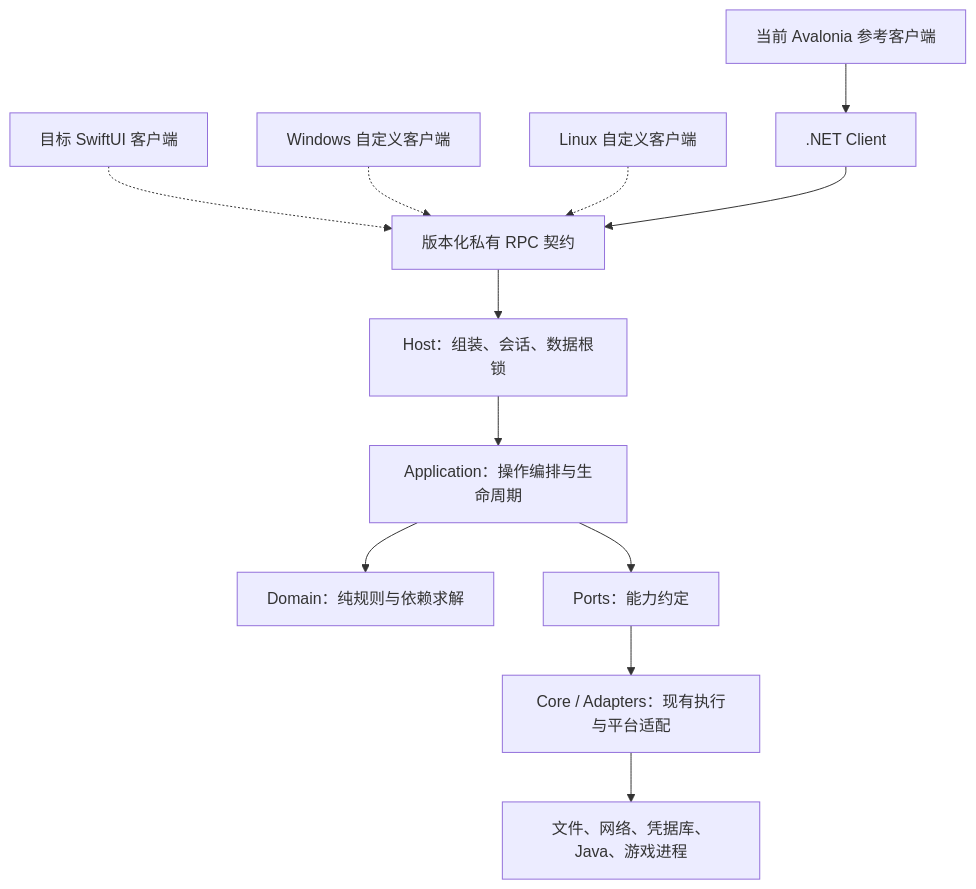
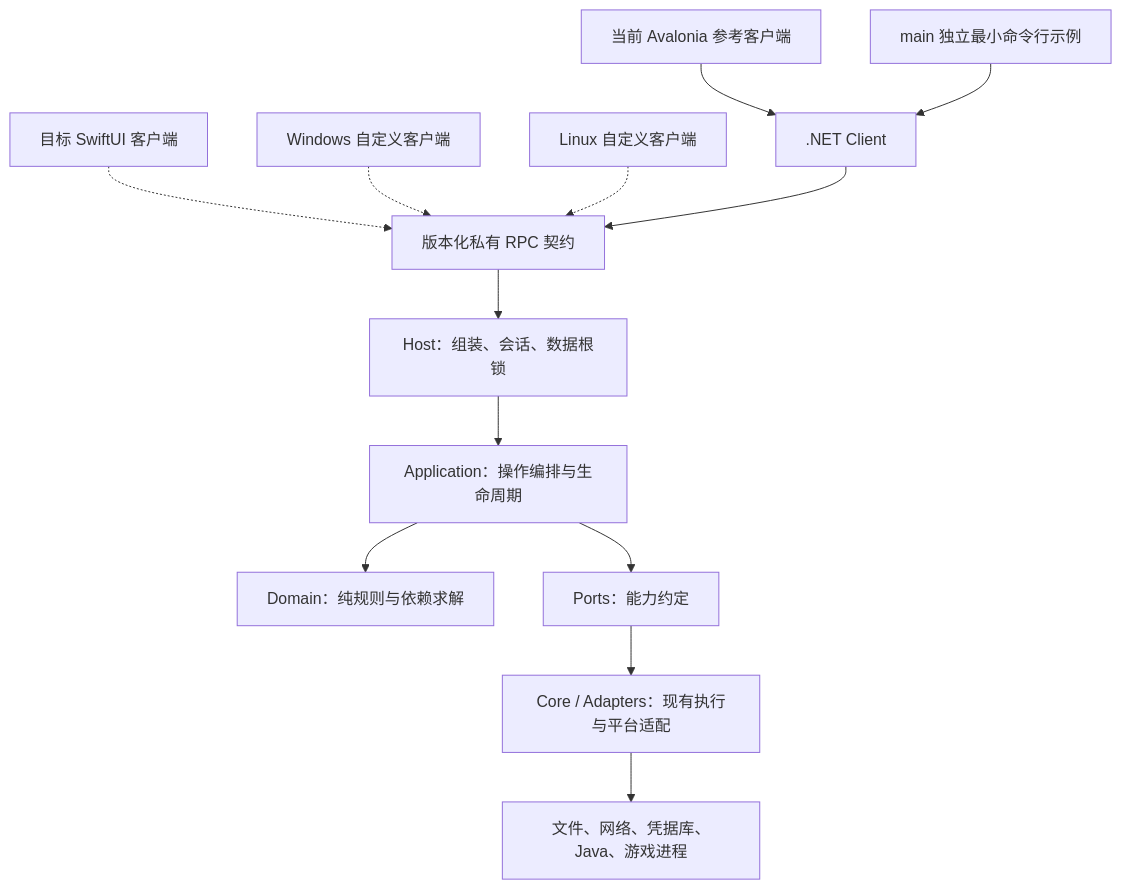
One commit to ParadoxRin/Plain_Craft_Launcher_Refactoring_Core changed the diagram in README.md. Above: the diagram before and after it, drawn with Mermaid. The commit also changed other lines of this file and 10 other files, not shown here.

````diff
--- a/README.md
+++ b/README.md
@@ -41,14 +41,15 @@
 ```mermaid
 flowchart TB
   A[当前 Avalonia 参考客户端] --> C[.NET Client]
+  M[main 独立最小命令行示例] --> C
   S[目标 SwiftUI 客户端] -.-> P[版本化私有 RPC 契约]
   W[Windows 自定义客户端] -.-> P
   L[Linux 自定义客户端] -.-> P
   C --> P
   P --> H[Host：组装、会话、数据根锁]
   H --> APP[Application：操作编排与生命周期]
   APP --> D[Domain：纯规则与依赖求解]
   APP --> PORT[Ports：能力约定]
   PORT --> AD[Core / Adapters：现有执行与平台适配]
   AD --> EXT[文件、网络、凭据库、Java、游戏进程]
 ```
````
